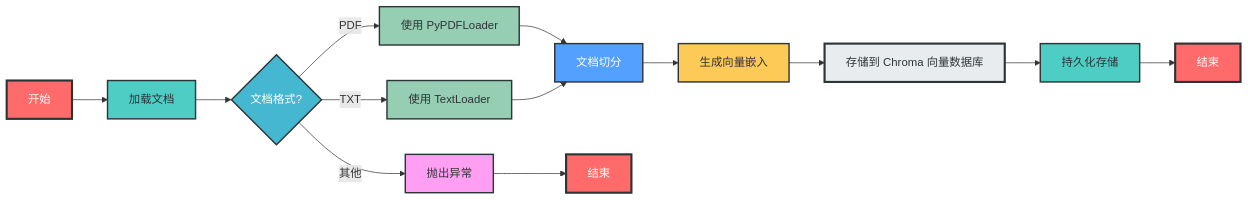
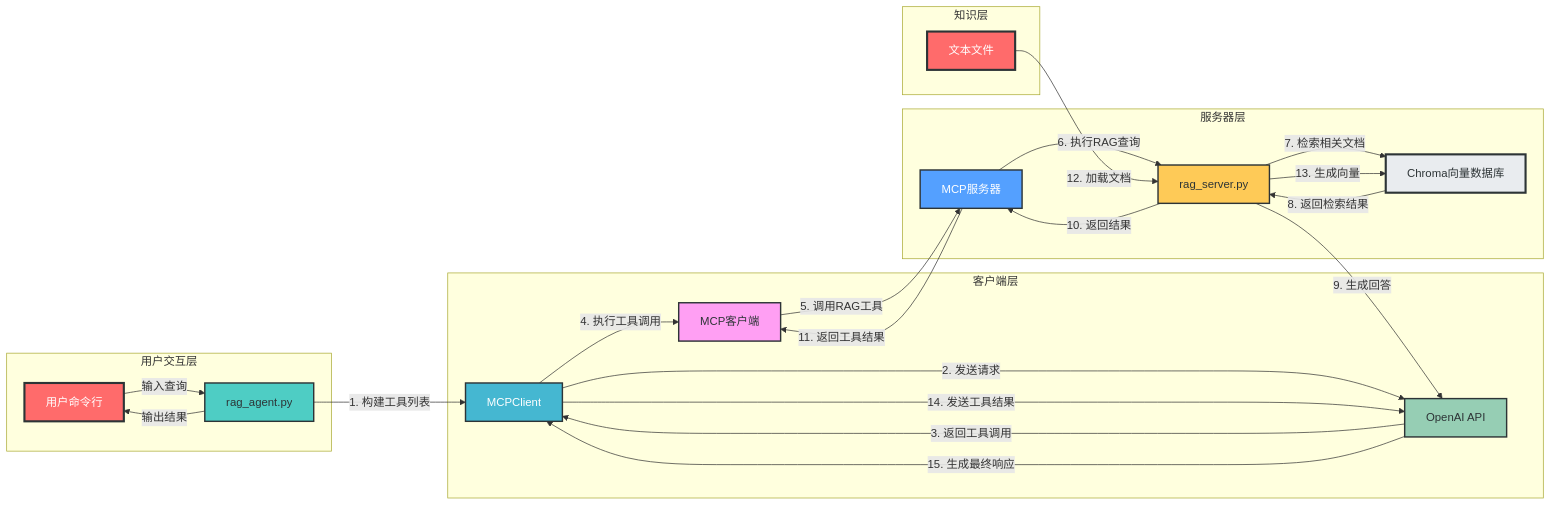
One commit to amuqiao/mcp_rag_llm changed the second of 4 diagrams in mcp_rag_langchain/README.md. Above: the diagram before and after it, drawn with Mermaid. The commit also changed other lines of this file and 4 other files, not shown here.

````diff
--- a/mcp_rag_langchain/README.md
+++ b/mcp_rag_langchain/README.md
@@ -126,28 +133,42 @@
 ```mermaid
-flowchart LR
-    A[开始] --> B[加载文档]
-    B --> C{文档格式?}
-    C -->|PDF| D[使用 PyPDFLoader]
-    C -->|TXT| E[使用 TextLoader]
-    C -->|其他| F[抛出异常]
-    D --> G[文档切分]
-    E --> G
-    F --> H[结束]
-    G --> I[生成向量嵌入]
-    I --> J[存储到 Chroma 向量数据库]
-    J --> K[持久化存储]
-    K --> L[结束]
+graph LR
+    subgraph 用户交互层
+        A[用户命令行] -->|输入查询| B[rag_agent.py]
+        B -->|输出结果| A
+    end
+    
+    subgraph 客户端层
+        B -->|1. 构建工具列表| C[MCPClient]
+        C -->|2. 发送请求| D[OpenAI API]
+        D -->|3. 返回工具调用| C
+        C -->|4. 执行工具调用| E[MCP客户端]
+    end
+    
+    subgraph 服务器层
+        E -->|5. 调用RAG工具| F[MCP服务器]
+        F -->|6. 执行RAG查询| G[rag_server.py]
+        G -->|7. 检索相关文档| H[Chroma向量数据库]
+        H -->|8. 返回检索结果| G
+        G -->|9. 生成回答| D
+        G -->|10. 返回结果| F
+        F -->|11. 返回工具结果| E
+    end
+    
+    subgraph 知识层
+        I[文本文件] -->|12. 加载文档| G
+        G -->|13. 生成向量| H
+    end
+    
+    C -->|14. 发送工具结果| D
+    D -->|15. 生成最终响应| C
     
     style A fill:#FF6B6B,stroke:#2D3436,stroke-width:3px,color:white
     style B fill:#4ECDC4,stroke:#2D3436,stroke-width:2px,color:#2D3436
     style C fill:#45B7D1,stroke:#2D3436,stroke-width:2px,color:white
     style D fill:#96CEB4,stroke:#2D3436,stroke-width:2px,color:#2D3436
-    style E fill:#96CEB4,stroke:#2D3436,stroke-width:2px,color:#2D3436
-    style F fill:#FF9FF3,stroke:#2D3436,stroke-width:2px,color:#2D3436
-    style G fill:#54A0FF,stroke:#2D3436,stroke-width:2px,color:white
-    style H fill:#FF6B6B,stroke:#2D3436,stroke-width:3px,color:white
-    style I fill:#FECA57,stroke:#2D3436,stroke-width:2px,color:#2D3436
-    style J fill:#E9ECEF,stroke:#2D3436,stroke-width:3px,color:#2D3436
-    style K fill:#4ECDC4,stroke:#2D3436,stroke-width:2px,color:#2D3436
-    style L fill:#FF6B6B,stroke:#2D3436,stroke-width:3px,color:white
+    style E fill:#FF9FF3,stroke:#2D3436,stroke-width:2px,color:#2D3436
+    style F fill:#54A0FF,stroke:#2D3436,stroke-width:2px,color:white
+    style G fill:#FECA57,stroke:#2D3436,stroke-width:2px,color:#2D3436
+    style H fill:#E9ECEF,stroke:#2D3436,stroke-width:3px,color:#2D3436
+    style I fill:#FF6B6B,stroke:#2D3436,stroke-width:3px,color:white
 ```
````
